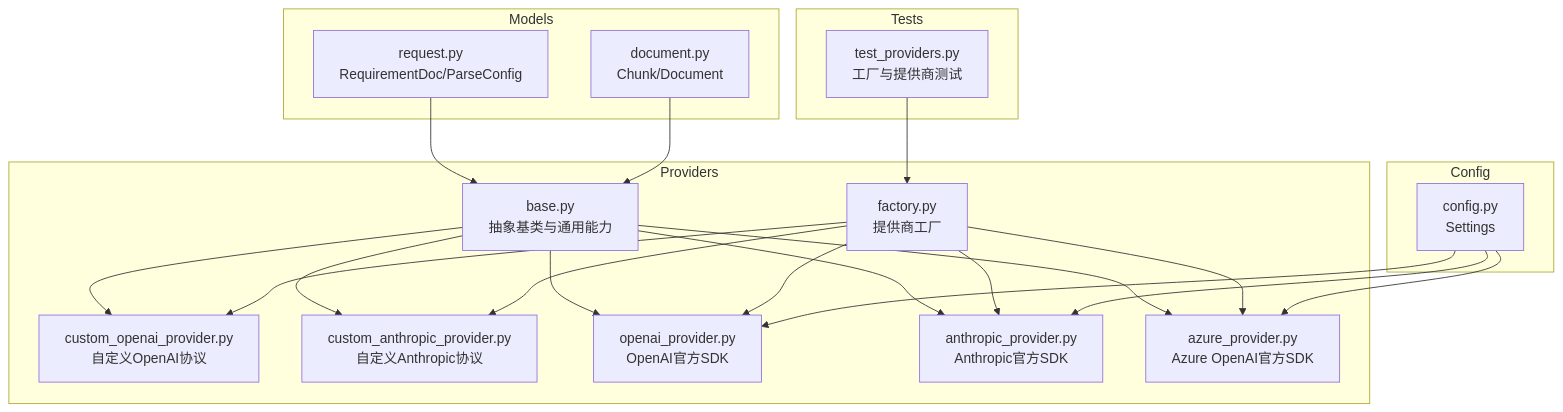
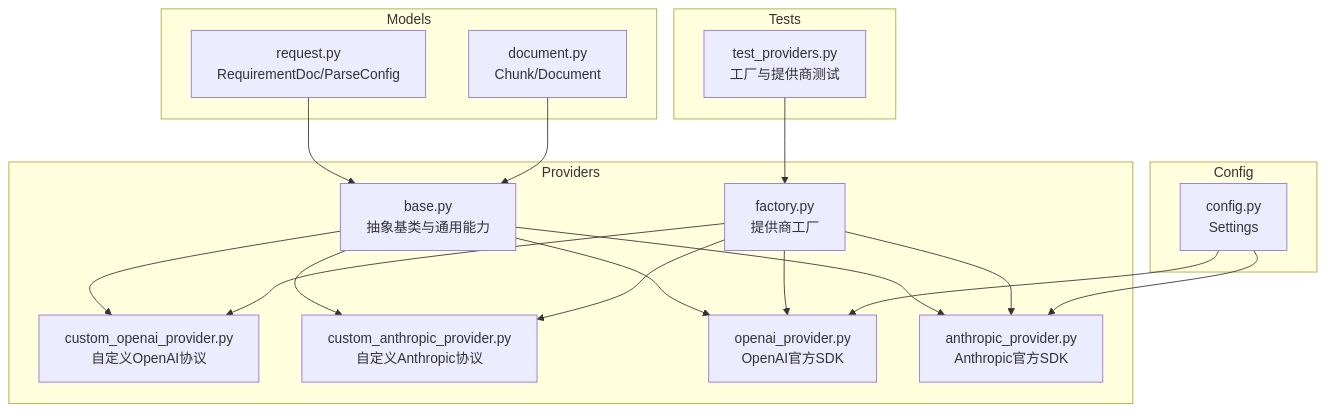
Before and after one commit to wowzhangji/doc_ai_parser: the first of 8 diagrams in .qoder/repowiki/zh/content/LLM提供商适配/自定义提供商开发.md, drawn with Mermaid. The commit also changed other lines of this file and 25 other files, not shown here.

````diff
--- a/.qoder/repowiki/zh/content/LLM提供商适配/自定义提供商开发.md
+++ b/.qoder/repowiki/zh/content/LLM提供商适配/自定义提供商开发.md
@@ -52,38 +59,34 @@
 ```mermaid
 graph TB
 subgraph "Providers"
 B["base.py<br/>抽象基类与通用能力"]
 F["factory.py<br/>提供商工厂"]
 CO["custom_openai_provider.py<br/>自定义OpenAI协议"]
 CA["custom_anthropic_provider.py<br/>自定义Anthropic协议"]
 O["openai_provider.py<br/>OpenAI官方SDK"]
 A["anthropic_provider.py<br/>Anthropic官方SDK"]
-Z["azure_provider.py<br/>Azure OpenAI官方SDK"]
 end
 subgraph "Models"
 RQ["request.py<br/>RequirementDoc/ParseConfig"]
 DO["document.py<br/>Chunk/Document"]
 end
 subgraph "Config"
 CFG["config.py<br/>Settings"]
 end
 subgraph "Tests"
 TST["test_providers.py<br/>工厂与提供商测试"]
 end
 B --> CO
 B --> CA
 B --> O
 B --> A
-B --> Z
 F --> CO
 F --> CA
 F --> O
 F --> A
-F --> Z
 RQ --> B
 DO --> B
 CFG --> O
 CFG --> A
-CFG --> Z
 TST --> F
 ```
````
